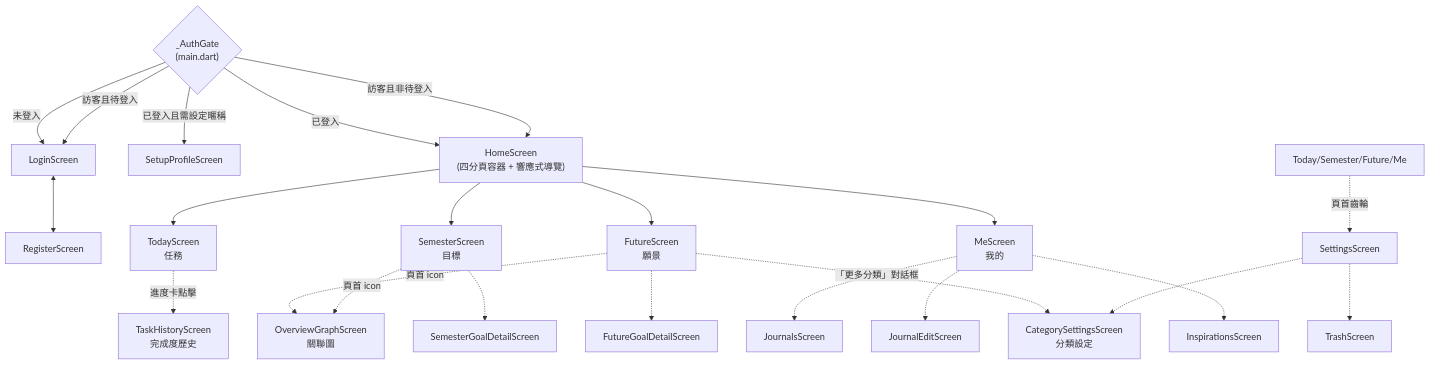
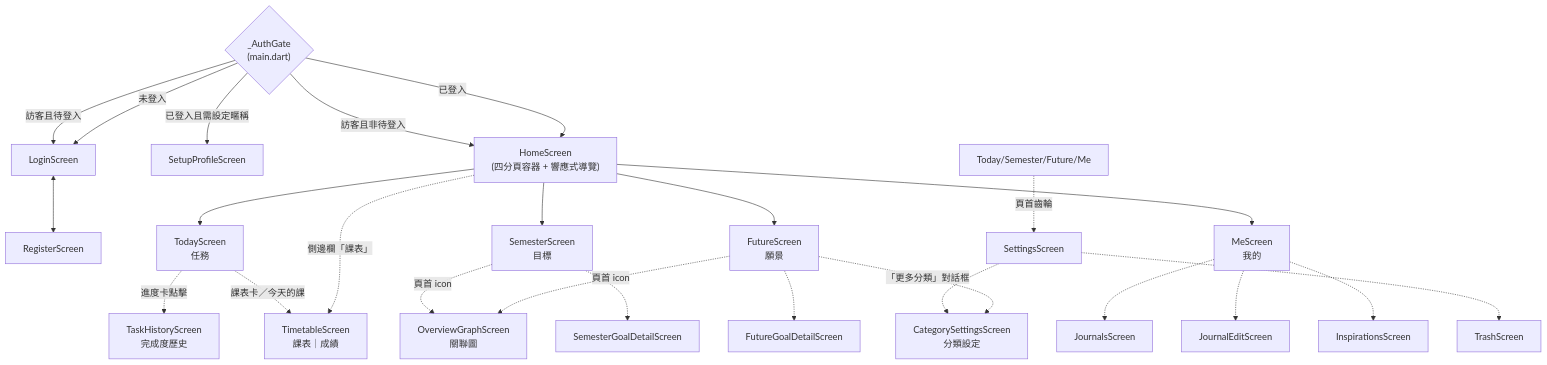
One commit to octofield/URniversity changed the second of 17 diagrams in docs/system_design.md. Above: the diagram before and after it, drawn with Mermaid. The commit also changed other lines of this file and 84 other files, not shown here.

````diff
--- a/docs/system_design.md
+++ b/docs/system_design.md
@@ -43,38 +43,40 @@
 ```mermaid
 flowchart TD
     Gate{"_AuthGate\n(main.dart)"}
     Login["LoginScreen"]
     Register["RegisterScreen"]
     Setup["SetupProfileScreen"]
     Home["HomeScreen\n(四分頁容器 + 響應式導覽)"]
 
     Today["TodayScreen\n任務"]
     Semester["SemesterScreen\n目標"]
     Future["FutureScreen\n願景"]
     Me["MeScreen\n我的"]
 
     Gate -->|訪客且非待登入| Home
     Gate -->|訪客且待登入| Login
     Gate -->|已登入且需設定暱稱| Setup
     Gate -->|已登入| Home
     Gate -->|未登入| Login
     Login <--> Register
 
     Home --> Today
     Home --> Semester
     Home --> Future
     Home --> Me
 
     Today -.->|進度卡點擊| History["TaskHistoryScreen\n完成度歷史"]
     Semester -.->|頁首 icon| Graph["OverviewGraphScreen\n關聯圖"]
+    Today -.->|課表卡／今天的課| Timetable["TimetableScreen\n課表｜成績"]
+    Home -.->|側邊欄「課表」| Timetable
     Future -.->|頁首 icon| Graph
     Semester -.-> SemDetail["SemesterGoalDetailScreen"]
     Future -.-> FutDetail["FutureGoalDetailScreen"]
     Me -.-> Journals["JournalsScreen"]
     Me -.-> JournalEdit["JournalEditScreen"]
     Me -.-> Inspirations["InspirationsScreen"]
     Today/Semester/Future/Me -.->|頁首齒輪| Settings["SettingsScreen"]
     Settings -.-> Trash["TrashScreen"]
     Settings -.-> CatSettings["CategorySettingsScreen\n分類設定"]
     Future -.->|「更多分類」對話框| CatSettings
 ```
````
